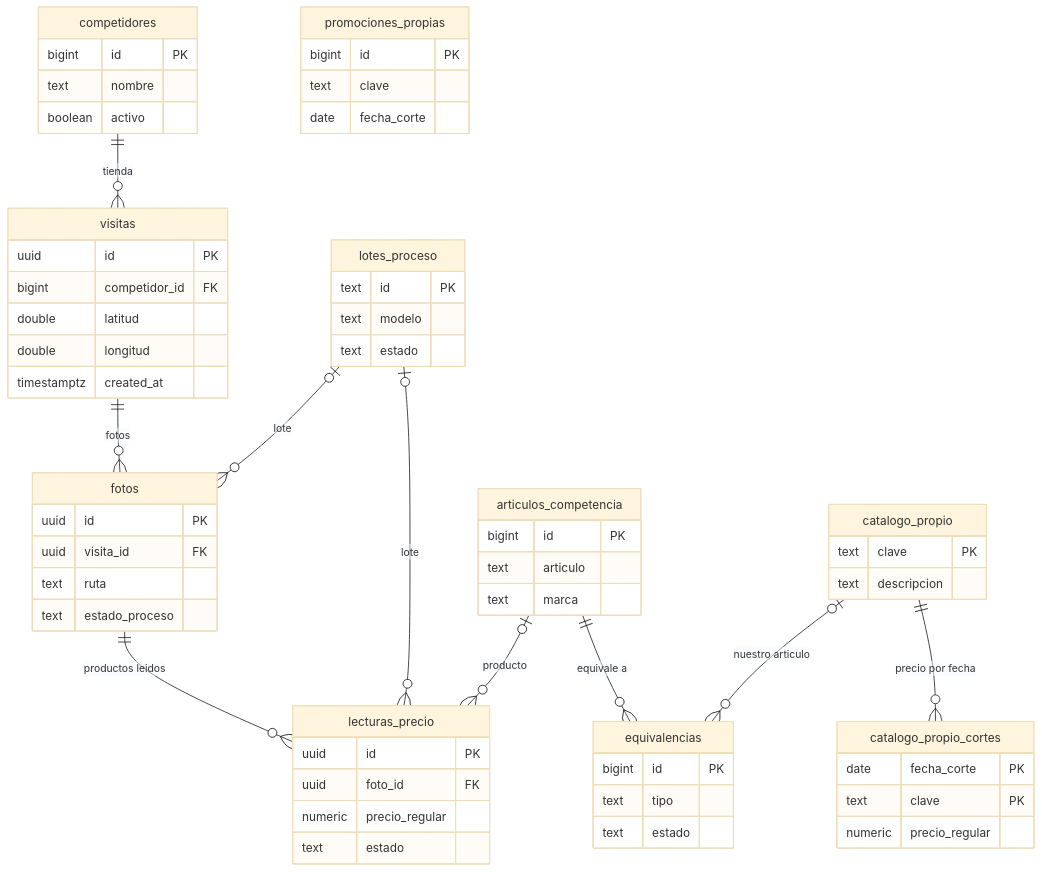
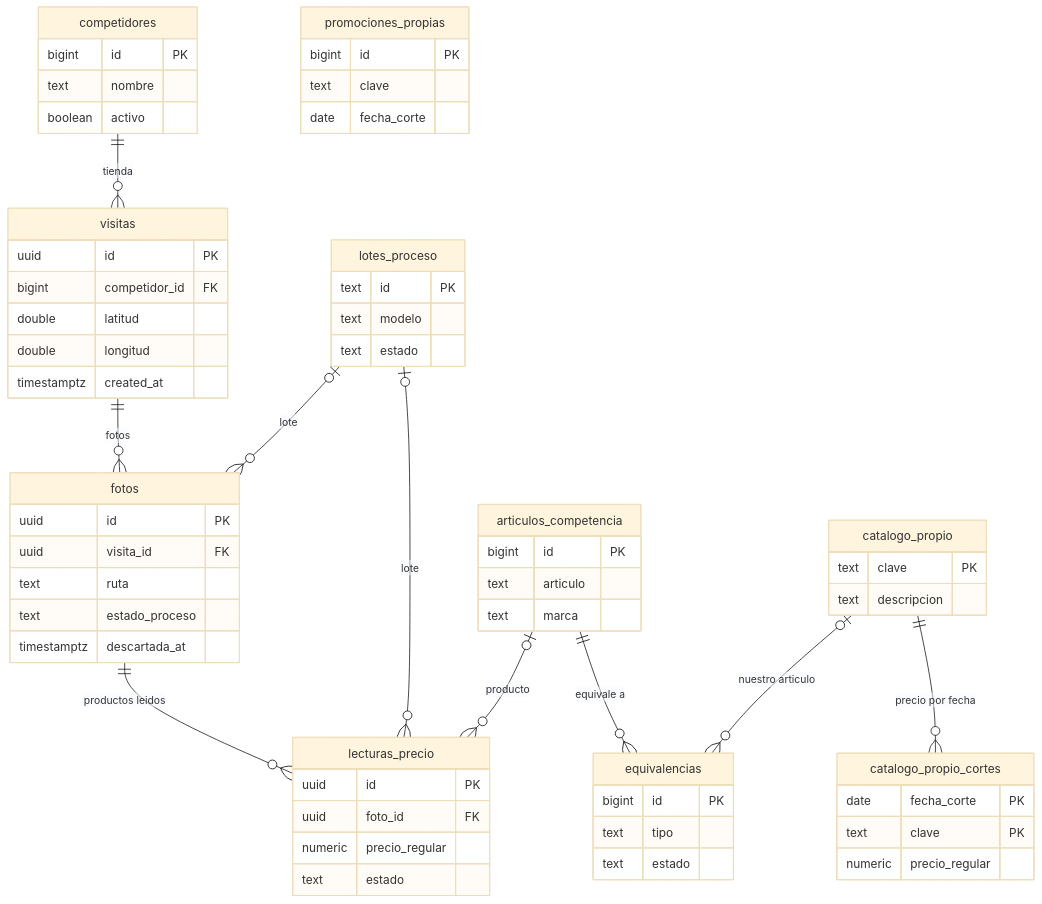
The diagram in docs/RESUMEN_PROYECTO.md (x24-evoluxion/Levantamiento-precio), drawn with Mermaid (base theme) before and after one commit. The commit also changed other lines of this file, not shown here.

````diff
--- a/docs/RESUMEN_PROYECTO.md
+++ b/docs/RESUMEN_PROYECTO.md
@@ -87,66 +86,67 @@
 ```mermaid
 erDiagram
   competidores ||--o{ visitas : "tienda"
   visitas ||--o{ fotos : "fotos"
   lotes_proceso |o--o{ fotos : "lote"
   fotos ||--o{ lecturas_precio : "productos leidos"
   lotes_proceso |o--o{ lecturas_precio : "lote"
   articulos_competencia |o--o{ lecturas_precio : "producto"
   articulos_competencia ||--o{ equivalencias : "equivale a"
   catalogo_propio |o--o{ equivalencias : "nuestro articulo"
   catalogo_propio ||--o{ catalogo_propio_cortes : "precio por fecha"
 
   competidores {
     bigint id PK
     text nombre
     boolean activo
   }
   visitas {
     uuid id PK
     bigint competidor_id FK
     double latitud
     double longitud
     timestamptz created_at
   }
   fotos {
     uuid id PK
     uuid visita_id FK
     text ruta
     text estado_proceso
+    timestamptz descartada_at
   }
   lotes_proceso {
     text id PK
     text modelo
     text estado
   }
   lecturas_precio {
     uuid id PK
     uuid foto_id FK
     numeric precio_regular
     text estado
   }
   articulos_competencia {
     bigint id PK
     text articulo
     text marca
   }
   equivalencias {
     bigint id PK
     text tipo
     text estado
   }
   catalogo_propio {
     text clave PK
     text descripcion
   }
   catalogo_propio_cortes {
     date fecha_corte PK
     text clave PK
     numeric precio_regular
   }
   promociones_propias {
     bigint id PK
     text clave
     date fecha_corte
   }
 ```
````
